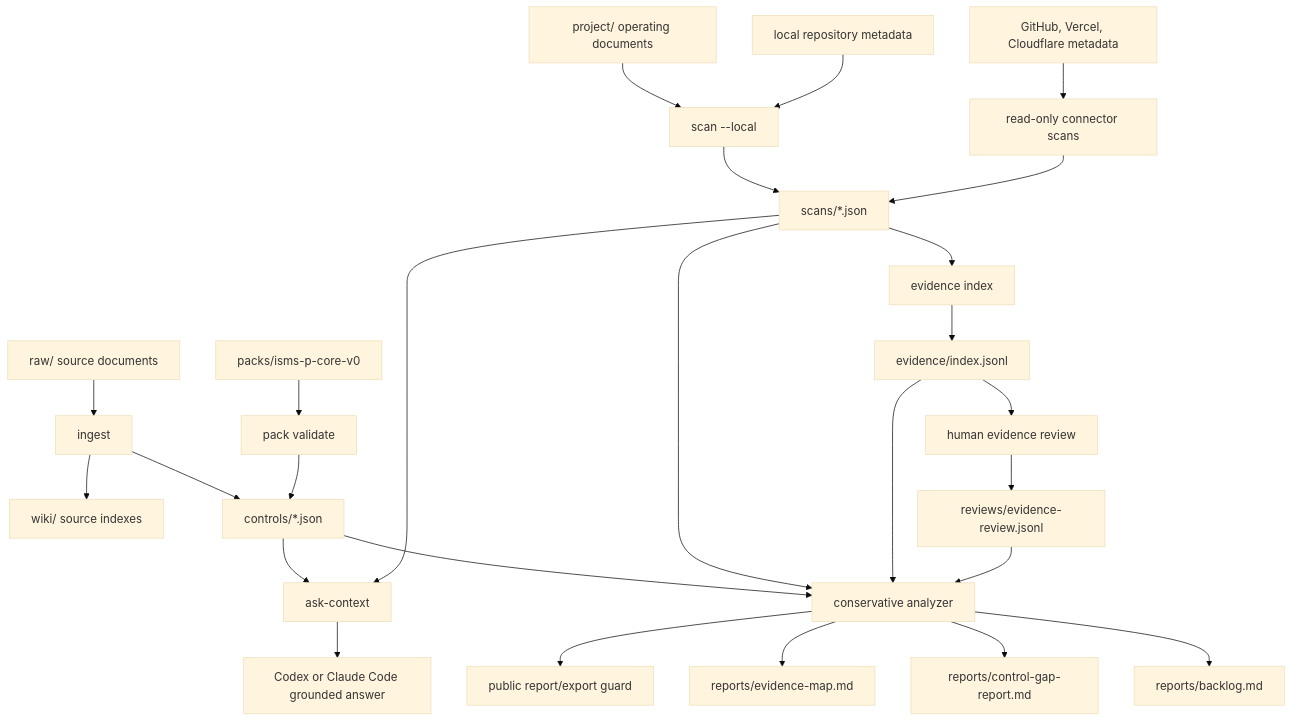
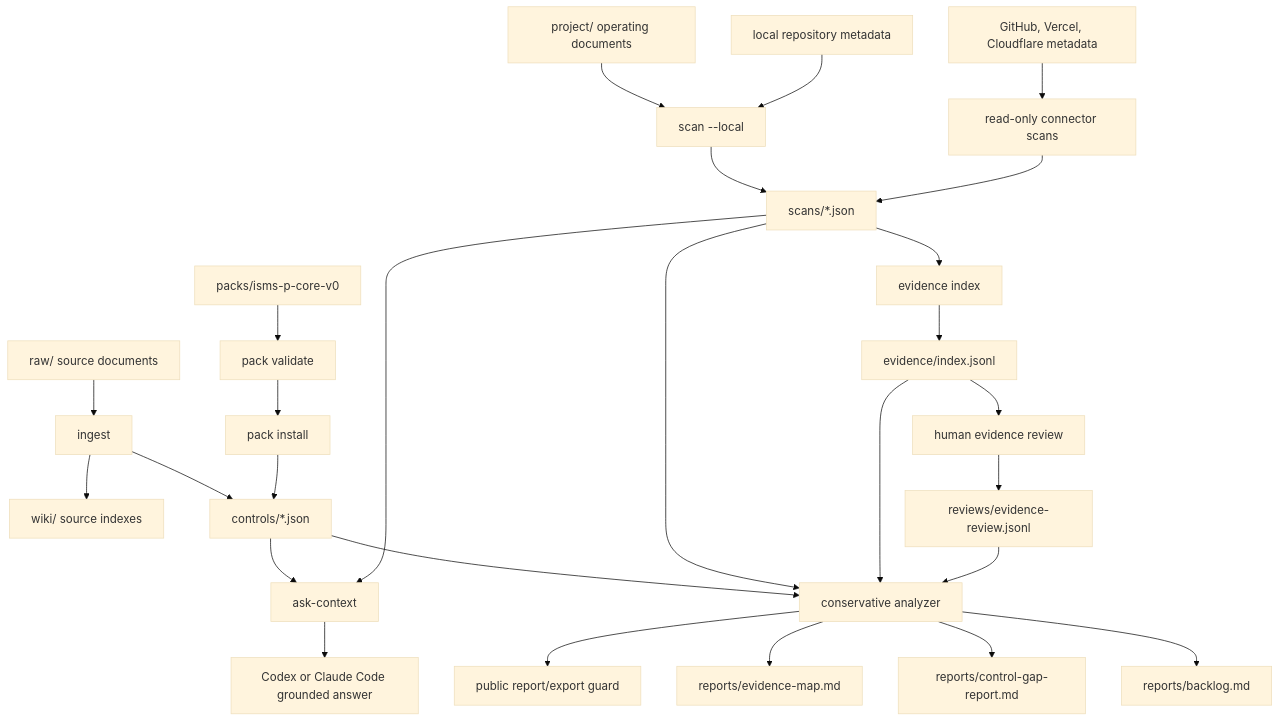
Before and after one commit to Ustay-coder/isms-p-agent: the diagram in README.md, drawn with Mermaid (base theme). The commit also changed other lines of this file and 2 other files, not shown here.

Commit message:
fix: harden pack install workflow

````diff
--- a/README.md
+++ b/README.md
@@ -23,28 +23,29 @@
 ```mermaid
 flowchart TD
   A["raw/ source documents"] --> B["ingest"]
   B --> C["wiki/ source indexes"]
   B --> D["controls/*.json"]
   Q["packs/isms-p-core-v0"] --> R["pack validate"]
-  R --> D
+  R --> X["pack install"]
+  X --> D
   E["project/ operating documents"] --> F["scan --local"]
   G["local repository metadata"] --> F
   H["GitHub, Vercel, Cloudflare metadata"] --> I["read-only connector scans"]
   F --> J["scans/*.json"]
   I --> J
   J --> S["evidence index"]
   S --> T["evidence/index.jsonl"]
   T --> U["human evidence review"]
   U --> V["reviews/evidence-review.jsonl"]
   D --> K["conservative analyzer"]
   J --> K
   T --> K
   V --> K
   K --> L["reports/backlog.md"]
   K --> M["reports/control-gap-report.md"]
   K --> N["reports/evidence-map.md"]
   K --> W["public report/export guard"]
   D --> O["ask-context"]
   J --> O
   O --> P["Codex or Claude Code grounded answer"]
 ```
````
